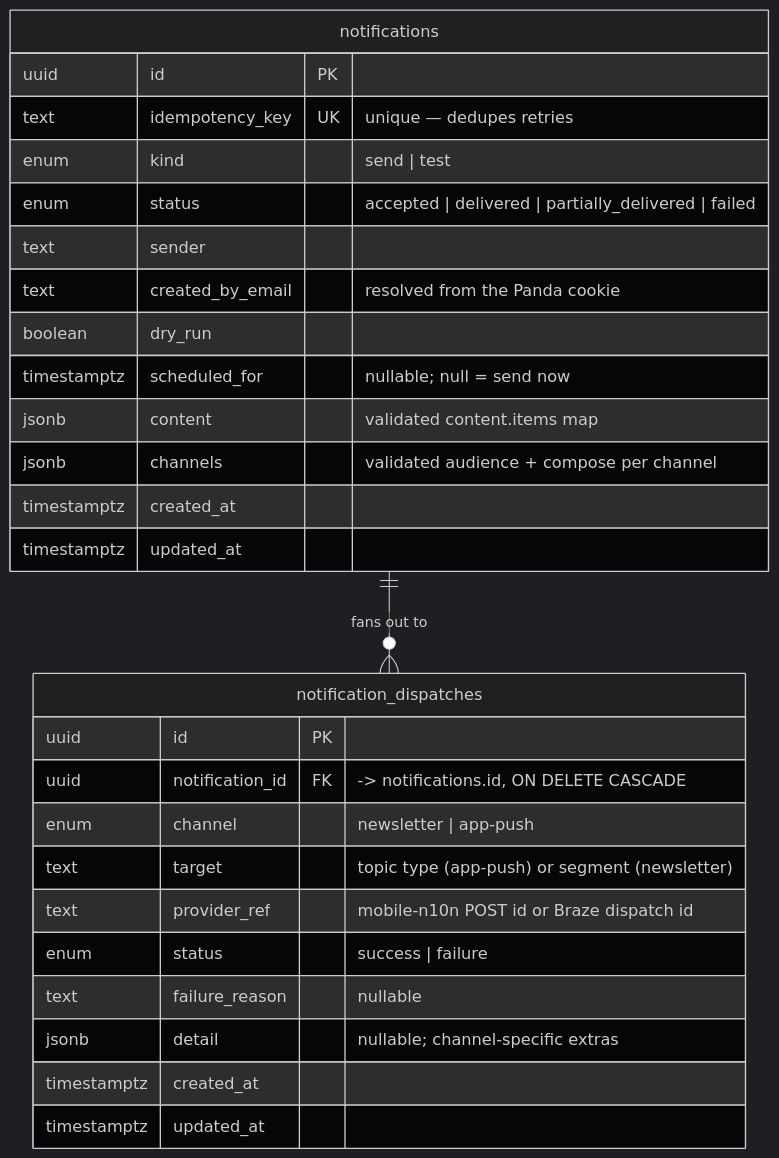
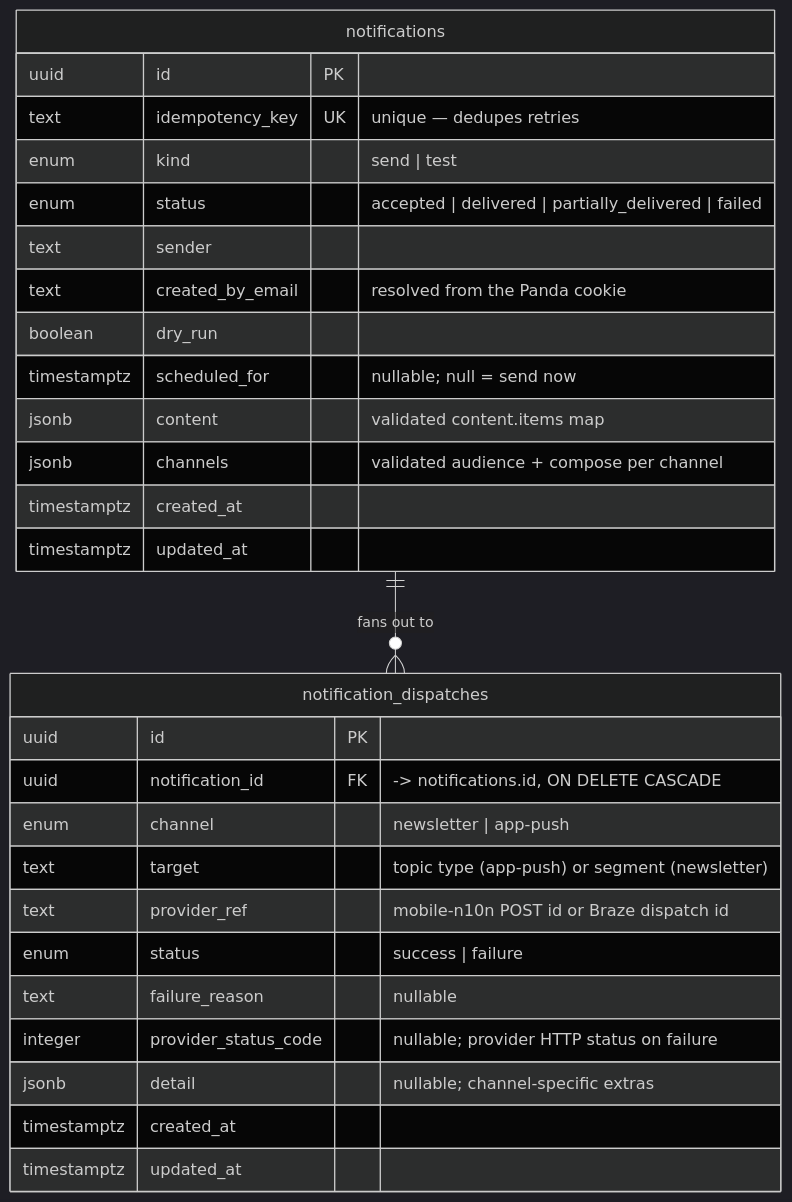
The diagram in docs/notification-history-data-model.md (guardian/notifications-tooling), drawn with Mermaid (dark theme) before and after one commit. The commit also changed other lines of this file and 3 other files, not shown here.

Commit message:
Update the notification-history data model docs; Make sure to expose providerStatusCode column

````diff
--- a/docs/notification-history-data-model.md
+++ b/docs/notification-history-data-model.md
@@ -50,32 +50,33 @@
 ```mermaid
 erDiagram
     notifications ||--o{ notification_dispatches : "fans out to"
 
     notifications {
         uuid id PK
         text idempotency_key UK "unique — dedupes retries"
         enum kind "send | test"
         enum status "accepted | delivered | partially_delivered | failed"
         text sender
         text created_by_email "resolved from the Panda cookie"
         boolean dry_run
         timestamptz scheduled_for "nullable; null = send now"
         jsonb content "validated content.items map"
         jsonb channels "validated audience + compose per channel"
         timestamptz created_at
         timestamptz updated_at
     }
 
     notification_dispatches {
         uuid id PK
         uuid notification_id FK "-> notifications.id, ON DELETE CASCADE"
         enum channel "newsletter | app-push"
         text target "topic type (app-push) or segment (newsletter)"
         text provider_ref "mobile-n10n POST id or Braze dispatch id"
         enum status "success | failure"
         text failure_reason "nullable"
+        integer provider_status_code "nullable; provider HTTP status on failure"
         jsonb detail "nullable; channel-specific extras"
         timestamptz created_at
         timestamptz updated_at
     }
 ```
````
